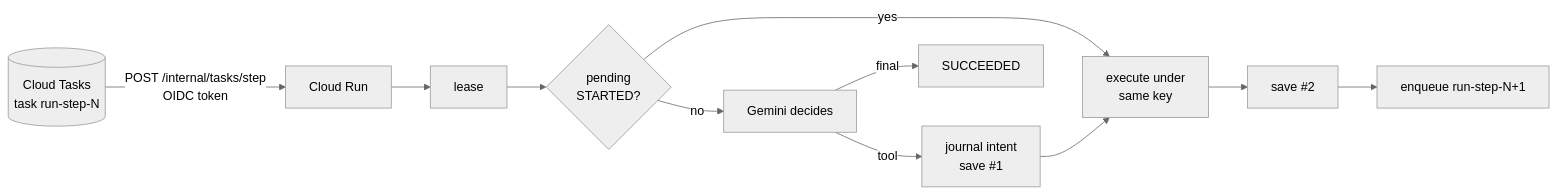
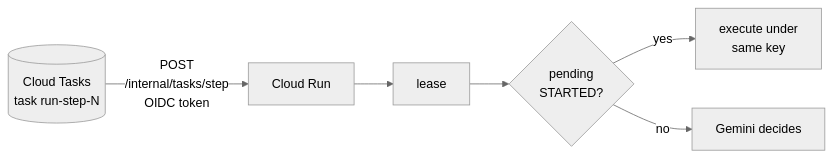
Before and after one commit to aniryou/full-stack-agentic-engineer: the second of 4 diagrams in 07-application-agent-framework/long-running-durable/PRIMER.md, drawn with Mermaid (neutral theme). The commit also changed other lines of this file and 633 other files, not shown here.

First line of the commit message:
Accessible language and one-screen figures, part 1: every figure fits a screen, the STE second pass over the layers (#53)

````diff
--- a/07-application-agent-framework/long-running-durable/PRIMER.md
+++ b/07-application-agent-framework/long-running-durable/PRIMER.md
@@ -143,13 +146,8 @@
 ```mermaid
 flowchart LR
-  Q[(Cloud Tasks<br/>task run-step-N)] -->|POST /internal/tasks/step<br/>OIDC token| H[Cloud Run]
+  Q[(Cloud Tasks<br/>task run-step-N)] -->|POST<br/>/internal/tasks/step<br/>OIDC token| H[Cloud Run]
   H --> L[lease]
   L --> R{pending<br/>STARTED?}
   R -- yes --> X[execute under<br/>same key]
   R -- no --> M[Gemini decides]
-  M -- tool --> I[journal intent<br/>save #1]
-  I --> X
-  X --> C[save #2]
-  C --> N[enqueue run-step-N+1]
-  M -- final --> D[SUCCEEDED]
 ```
````
